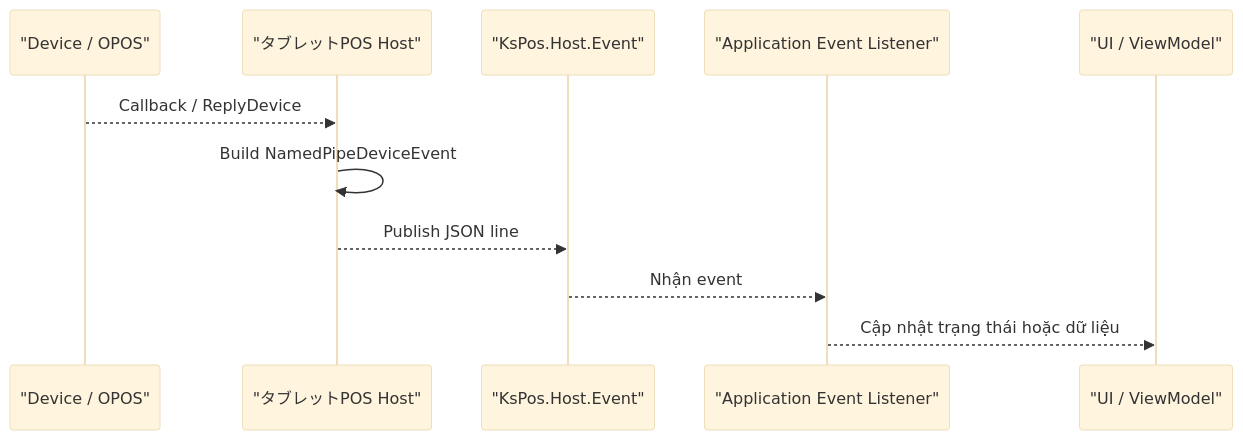
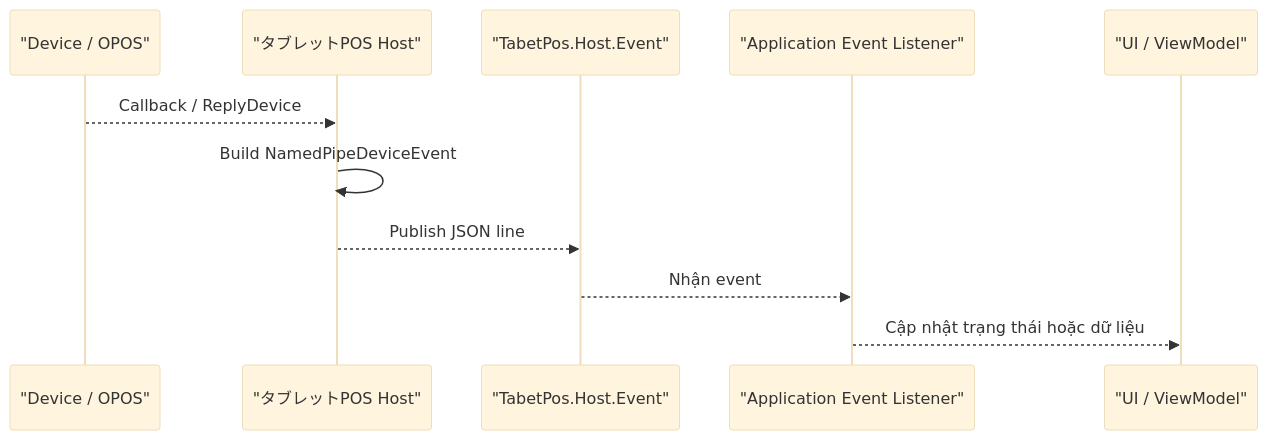
One commit to vti-sam/smj-ks-pos-stored changed the second of 3 diagrams in knowledge/ks_pos_boilerplate/architecture/application/host_named_pipe_basic_design_2026-05-29.md. Above: the diagram before and after it, drawn with Mermaid (base theme). The commit also changed other lines of this file and 73 other files, not shown here.

Commit message:
Update tablet POS reports for host rename

````diff
--- a/knowledge/ks_pos_boilerplate/architecture/application/host_named_pipe_basic_design_2026-05-29.md
+++ b/knowledge/ks_pos_boilerplate/architecture/application/host_named_pipe_basic_design_2026-05-29.md
@@ -168,14 +168,14 @@
 ```mermaid
 sequenceDiagram
     participant Device as "Device / OPOS"
     participant Host as "タブレットPOS Host"
-    participant EventPipe as "KsPos.Host.Event"
+    participant EventPipe as "TabetPos.Host.Event"
     participant Listener as "Application Event Listener"
     participant UI as "UI / ViewModel"
 
     Device-->>Host: Callback / ReplyDevice
     Host->>Host: Build NamedPipeDeviceEvent
     Host-->>EventPipe: Publish JSON line
     EventPipe-->>Listener: Nhận event
     Listener-->>UI: Cập nhật trạng thái hoặc dữ liệu
 ```
````
